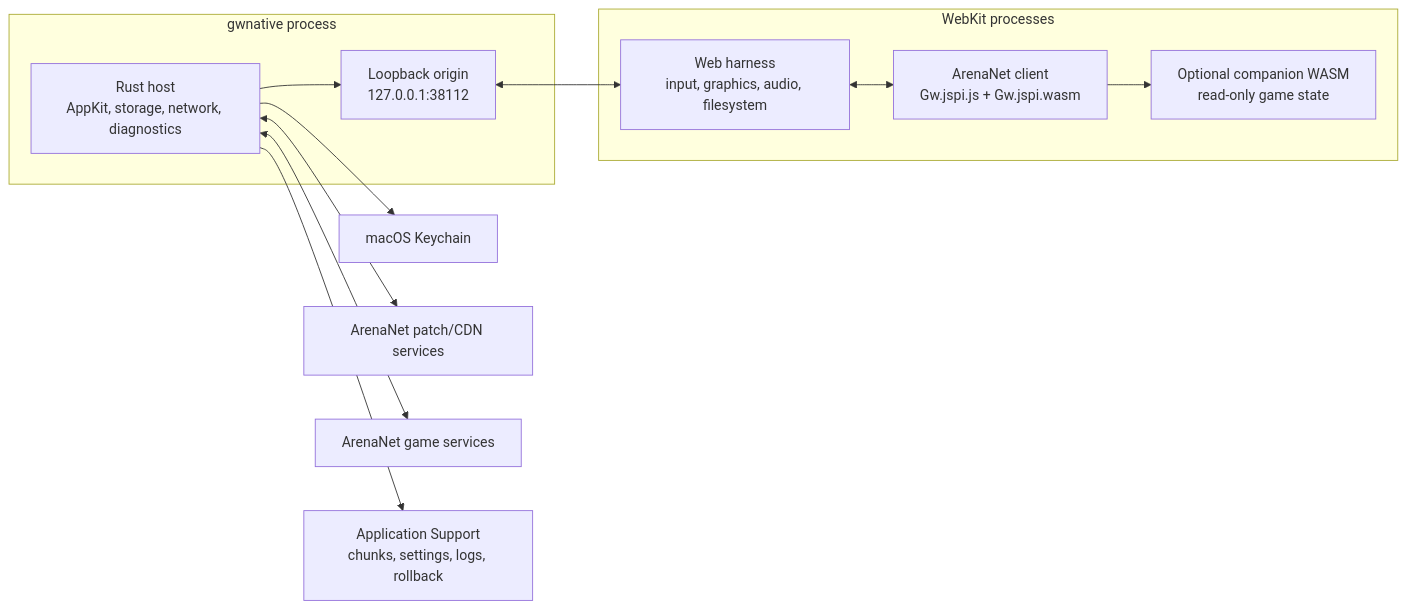
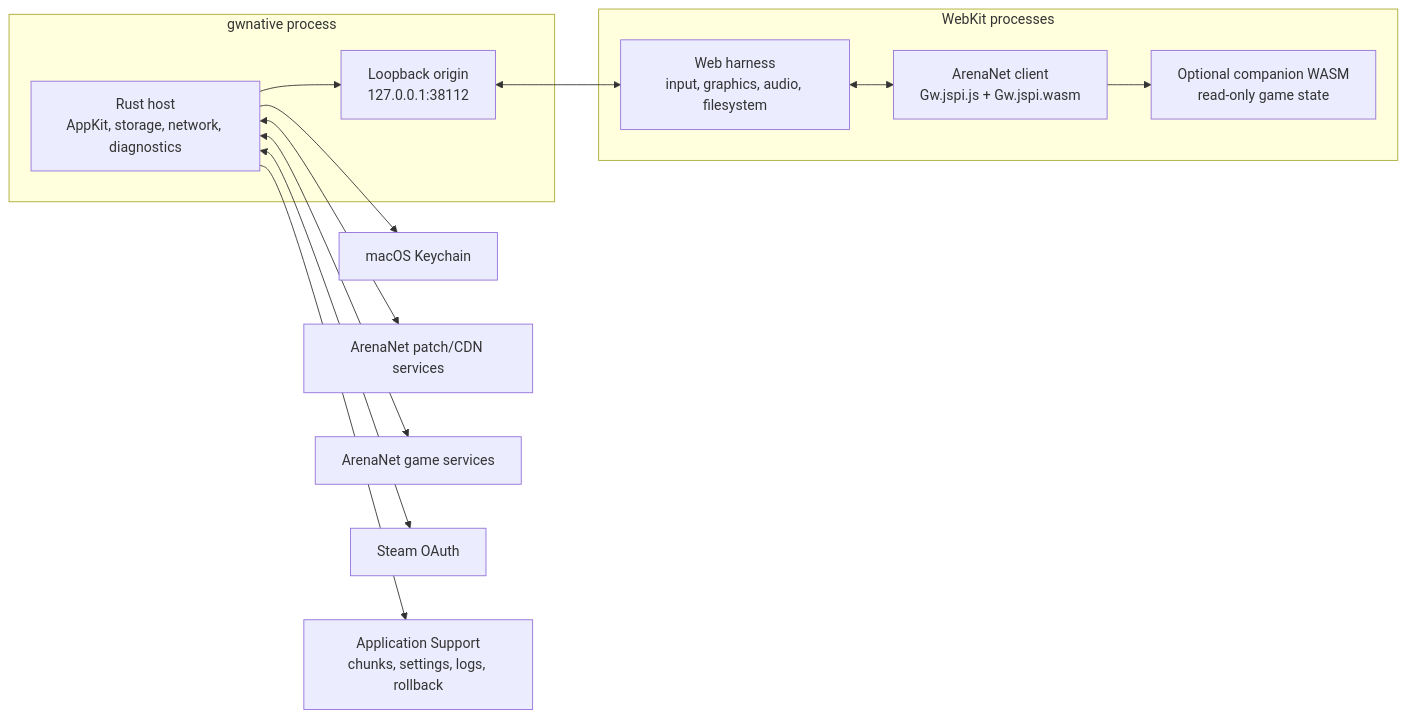
The diagram in docs/architecture.md (jean-humann/gwnative), drawn with Mermaid before and after one commit. The commit also changed other lines of this file and 12 other files, not shown here.

First line of the commit message:
feat(auth): add native Steam account sign-in

````diff
--- a/docs/architecture.md
+++ b/docs/architecture.md
@@ -9,22 +9,23 @@
 ```mermaid
 flowchart LR
     subgraph App["gwnative process"]
         Native["Rust host\nAppKit, storage, network, diagnostics"]
         Origin["Loopback origin\n127.0.0.1:38112"]
         Native --> Origin
     end
 
     subgraph WebKit["WebKit processes"]
         Harness["Web harness\ninput, graphics, audio, filesystem"]
         Client["ArenaNet client\nGw.jspi.js + Gw.jspi.wasm"]
         Companion["Optional companion WASM\nread-only game state"]
         Harness <--> Client
         Client --> Companion
     end
 
     Origin <--> Harness
     Native --> Keychain["macOS Keychain"]
     Native <--> Patch["ArenaNet patch/CDN services"]
     Native <--> Game["ArenaNet game services"]
+    Native <--> Steam["Steam OAuth"]
     Native --> Disk["Application Support\nchunks, settings, logs, rollback"]
 ```
````
